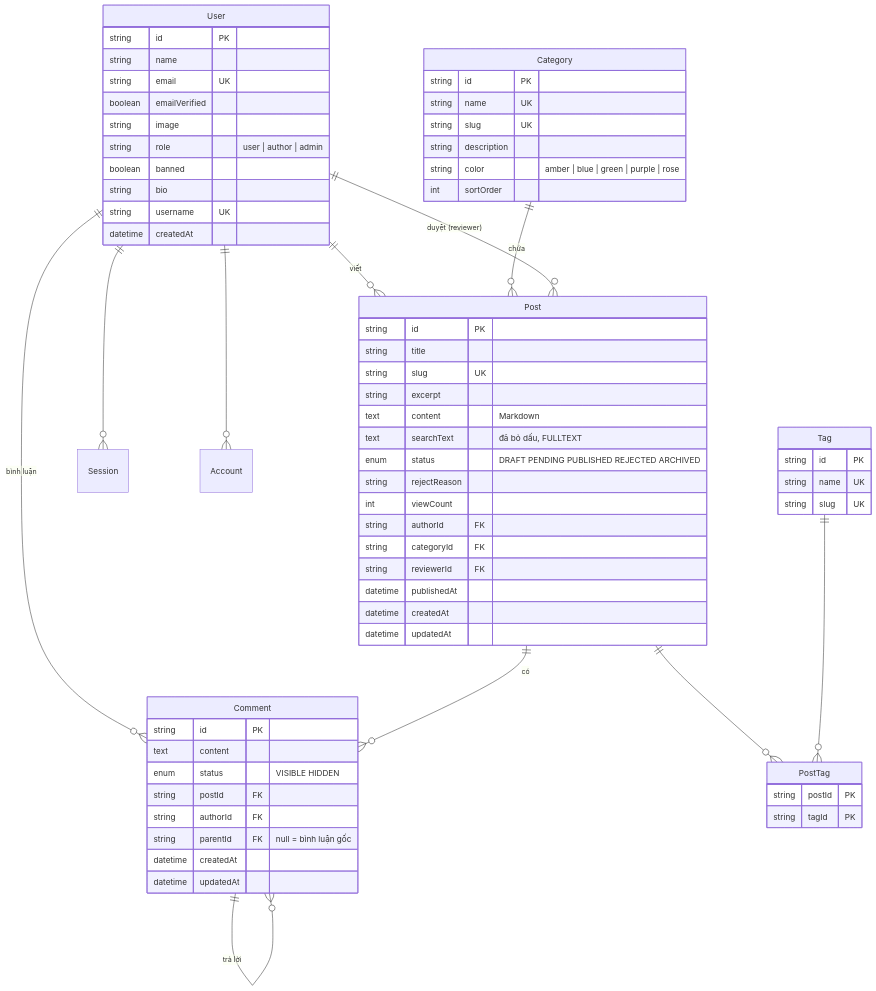
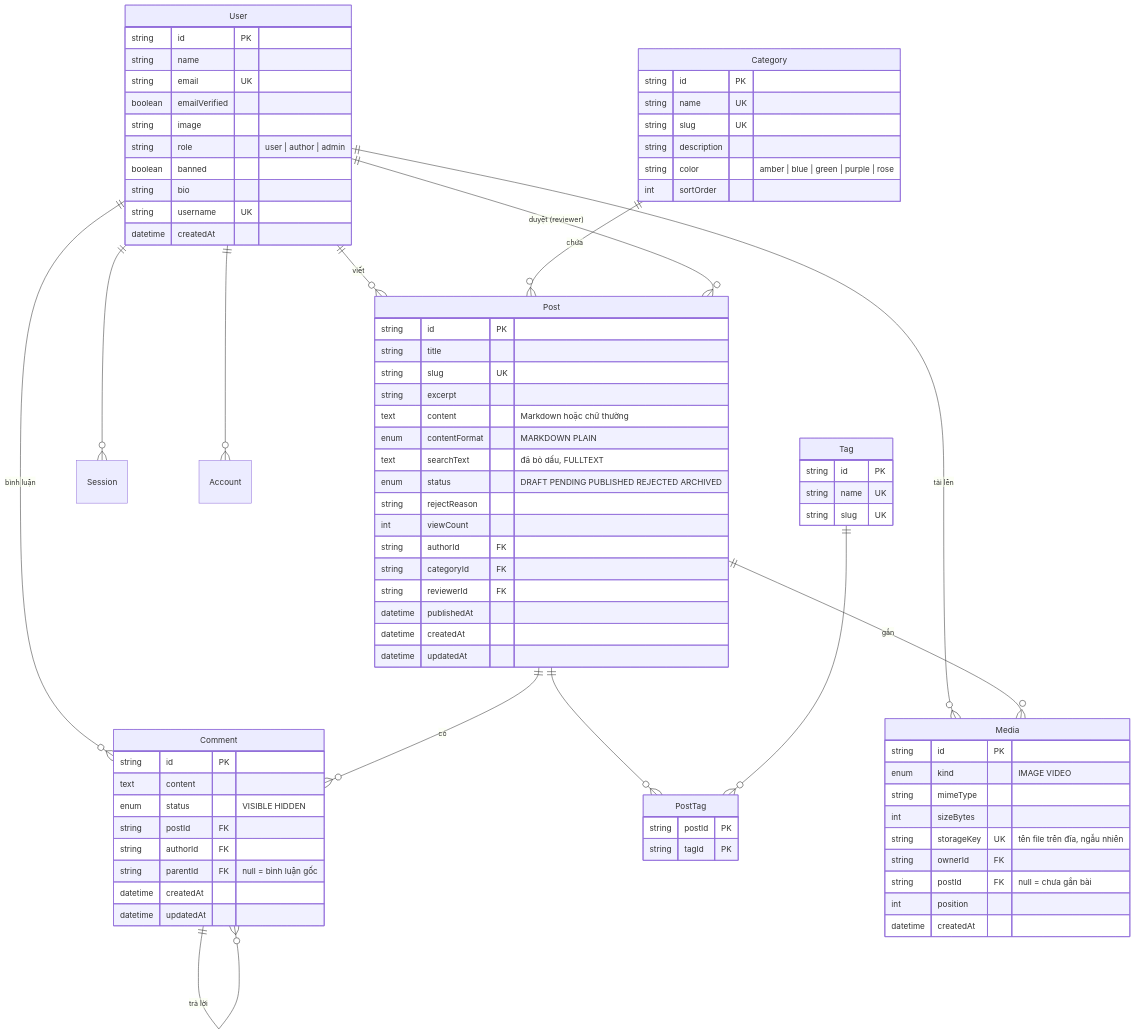
One commit to HNgTruc/Xom-Nho changed the diagram in docs/co-so-du-lieu.md. Above: the diagram before and after it, drawn with Mermaid. The commit also changed other lines of this file and 12 other files, not shown here.

```diff
--- a/docs/co-so-du-lieu.md
+++ b/docs/co-so-du-lieu.md
@@ -15,6 +15,8 @@
   Tag ||--o{ PostTag : ""
   Post ||--o{ Comment : "có"
   Comment ||--o{ Comment : "trả lời"
+  User ||--o{ Media : "tải lên"
+  Post ||--o{ Media : "gắn"
   User ||--o{ Post : "duyệt (reviewer)"
 
   User {
@@ -34,7 +36,8 @@
     string title
     string slug UK
     string excerpt
-    text content "Markdown"
+    text content "Markdown hoặc chữ thường"
+    enum contentFormat "MARKDOWN PLAIN"
     text searchText "đã bỏ dấu, FULLTEXT"
     enum status "DRAFT PENDING PUBLISHED REJECTED ARCHIVED"
     string rejectReason
@@ -45,6 +48,17 @@
     datetime publishedAt
     datetime createdAt
     datetime updatedAt
+  }
+  Media {
+    string id PK
+    enum kind "IMAGE VIDEO"
+    string mimeType
+    int sizeBytes
+    string storageKey UK "tên file trên đĩa, ngẫu nhiên"
+    string ownerId FK
+    string postId FK "null = chưa gắn bài"
+    int position
+    datetime createdAt
   }
   Category {
     string id PK
```
